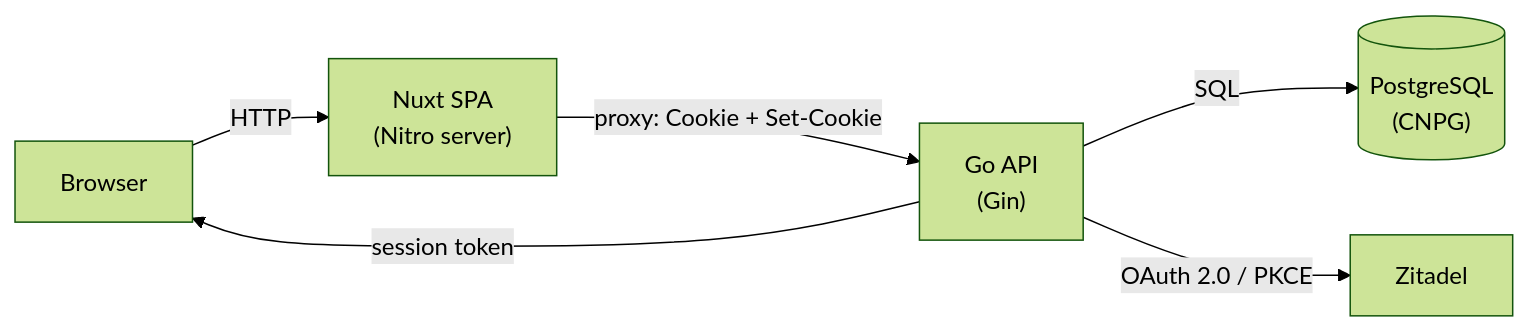
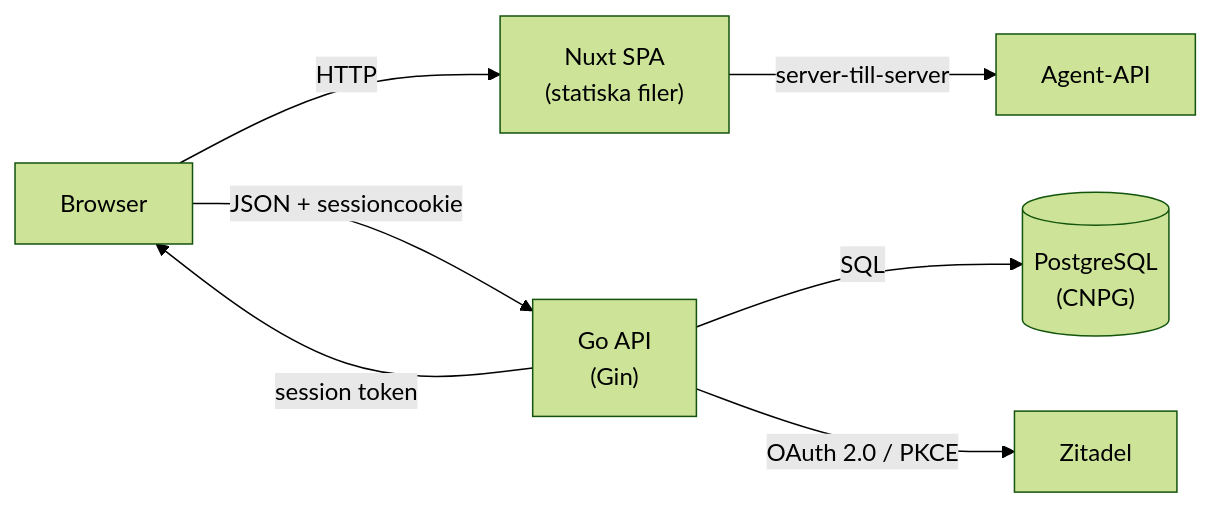
The second of 3 diagrams in README.md (simonbrundin/plan), drawn with Mermaid (forest theme) before and after one commit. The commit also changed other lines of this file and 50 other files, not shown here.

````diff
--- a/README.md
+++ b/README.md
@@ -56,8 +53,9 @@
 ```mermaid
 flowchart LR
-    B[Browser] -->|HTTP| N["Nuxt SPA<br/>(Nitro server)"]
-    N -->|"proxy: Cookie + Set-Cookie"| G["Go API<br/>(Gin)"]
+    B[Browser] -->|HTTP| N["Nuxt SPA<br/>(statiska filer)"]
+    B -->|"JSON + sessioncookie"| G["Go API<br/>(Gin)"]
+    N -->|"server-till-server"| A["Agent-API"]
     G -->|SQL| D[("PostgreSQL<br/>(CNPG)")]
     G -->|OAuth 2.0 / PKCE| Z[Zitadel]
     G -->|session token| B
 ```
````
